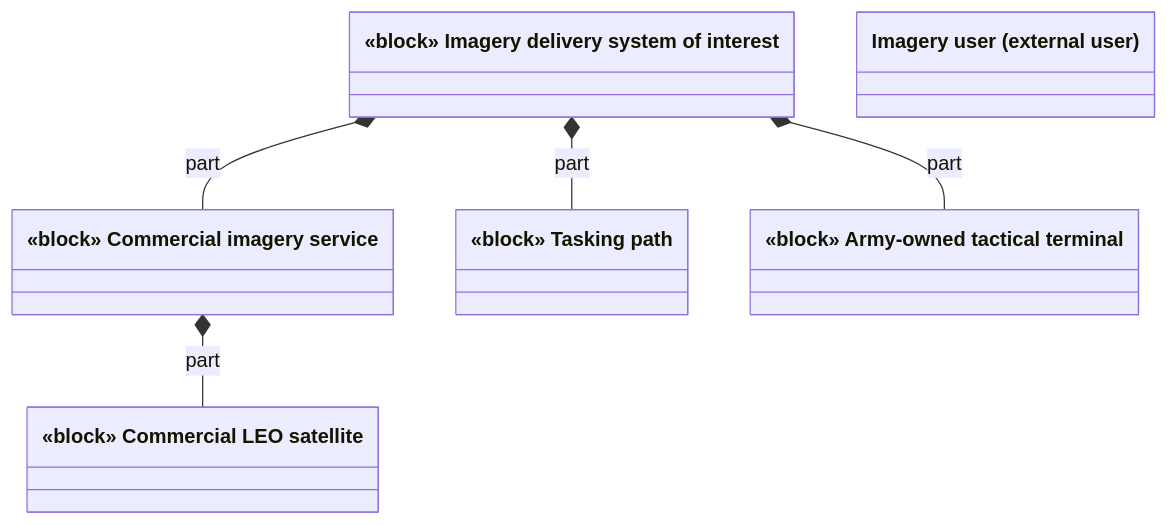
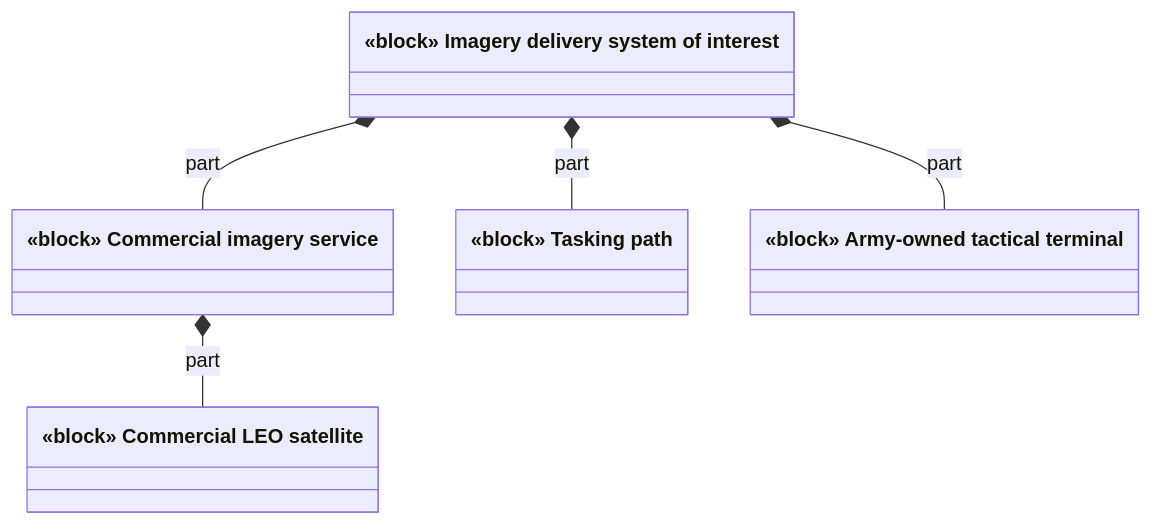
Before and after one commit to noahstephenson/leo-edge-architecture: the fifth of 14 diagrams in docs/reference/VIEWS.md, drawn with Mermaid. The commit also changed other lines of this file and 128 other files, not shown here.

First line of the commit message:
Complete bounded architecture study and review manuscript

````diff
--- a/docs/reference/VIEWS.md
+++ b/docs/reference/VIEWS.md
@@ -107,13 +108,12 @@
 ```mermaid
 classDiagram
     class n_E_SYSTEM["«block» Imagery delivery system of interest"]
     class n_E_PROVIDER["«block» Commercial imagery service"]
     class n_E_TASKING["«block» Tasking path"]
     class n_E_SATELLITE["«block» Commercial LEO satellite"]
     class n_E_TERMINAL["«block» Army-owned tactical terminal"]
-    class n_E_USER["Imagery user (external user)"]
     n_E_SYSTEM *-- n_E_PROVIDER : part
     n_E_SYSTEM *-- n_E_TASKING : part
     n_E_SYSTEM *-- n_E_TERMINAL : part
     n_E_PROVIDER *-- n_E_SATELLITE : part
 ```
````
